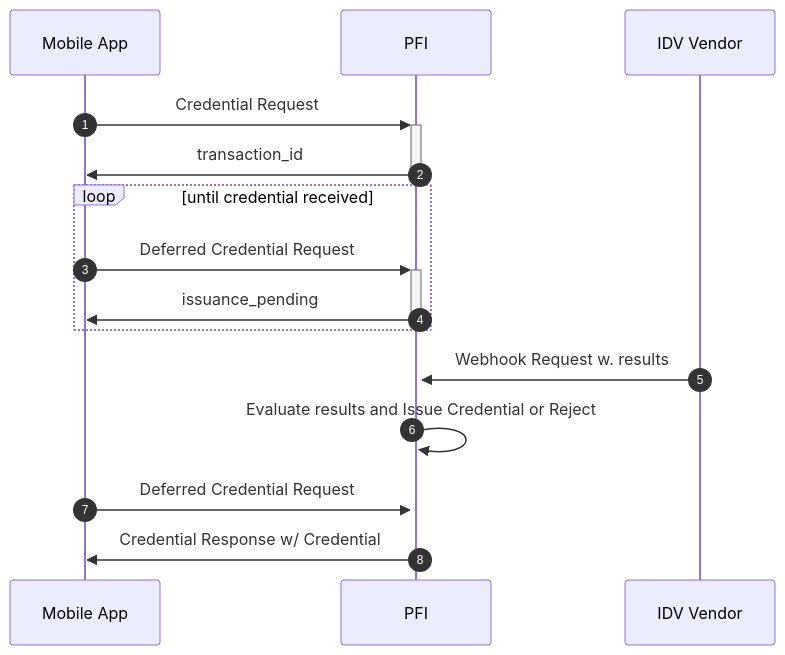
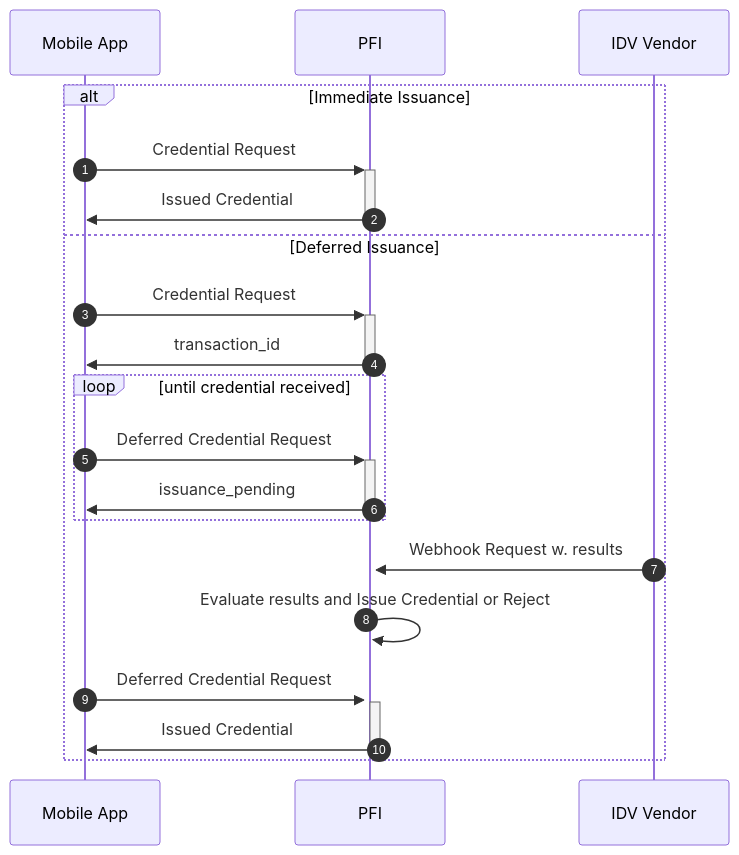
The sixth of 6 diagrams in README.md (TBD54566975/known-customer-credential), drawn with Mermaid before and after one commit. The commit also changed other lines of this file, not shown here.

Commit message:
alt flow in sequence diag

````diff
--- a/README.md
+++ b/README.md
@@ -601,20 +601,24 @@
 ```mermaid
 sequenceDiagram
 autonumber
 
 participant D as Mobile App
 participant P as PFI
 participant V as IDV Vendor
 
-D->>+P: Credential Request
-P->>-D: transaction_id
-
-loop until credential received
+alt Immediate Issuance
+  D->>+P: Credential Request
+  P->>-D: Issued Credential
+else Deferred Issuance
+  D->>+P: Credential Request
+  P->>-D: transaction_id
+  loop until credential received
     D->>+P: Deferred Credential Request
     P->>-D: issuance_pending
-end
-V->>+P: Webhook Request w. results
-P->>P: Evaluate results and Issue Credential or Reject
-D->>P: Deferred Credential Request
-P->>D: Credential Response w/ Credential
+  end
+  V->>+P: Webhook Request w. results
+  P->>P: Evaluate results and Issue Credential or Reject
+  D->>+P: Deferred Credential Request
+  P->>-D: Issued Credential
+end 
 ```
````
